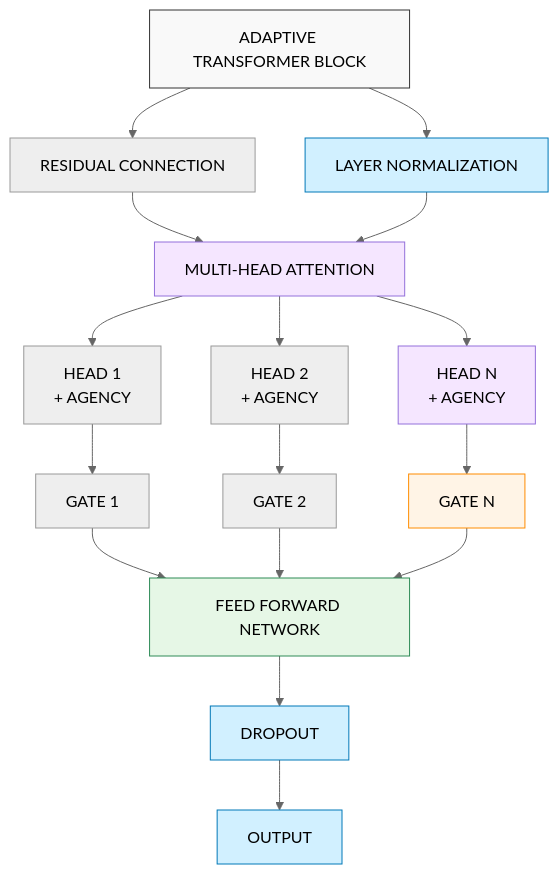
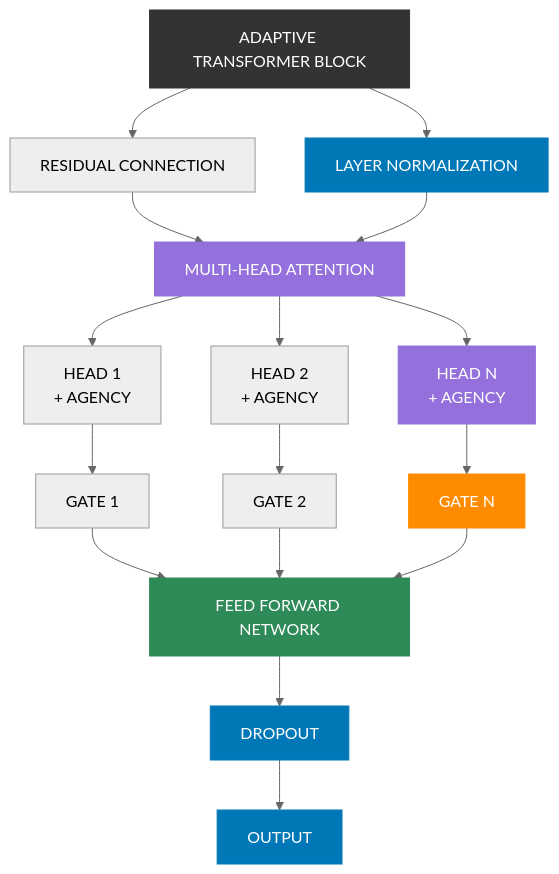
Before and after one commit to CambrianTech/sentinel-ai: the sixth of 6 diagrams in README.md, drawn with Mermaid (neutral theme). The commit also changed other lines of this file, not shown here.

First line of the commit message:
Improve diagram color contrast in README

````diff
--- a/README.md
+++ b/README.md
@@ -511,51 +511,51 @@
 ```mermaid
 flowchart TD
-    classDef standard fill:#f9f9f9,stroke:#333,stroke-width:1px
-    classDef layer fill:#d1f0ff,stroke:#0078b8,stroke-width:1px
-    classDef attention fill:#f5e6ff,stroke:#9370db,stroke-width:1px
-    classDef ffn fill:#e6f7e6,stroke:#2e8b57,stroke-width:1px
-    classDef head fill:#fff4e6,stroke:#ff8c00,stroke-width:1px
+    classDef standard fill:#333,stroke:#333,stroke-width:1px,color:#fff
+    classDef layer fill:#0078b8,stroke:#0078b8,stroke-width:1px,color:#fff
+    classDef attention fill:#9370db,stroke:#9370db,stroke-width:1px,color:#fff
+    classDef ffn fill:#2e8b57,stroke:#2e8b57,stroke-width:1px,color:#fff
+    classDef head fill:#ff8c00,stroke:#ff8c00,stroke-width:1px,color:#fff
     
     %% Main Components
     title["ADAPTIVE TRANSFORMER BLOCK"]
     residual["RESIDUAL CONNECTION"]
     norm["LAYER NORMALIZATION"]
     attention["MULTI-HEAD ATTENTION"]
     ffn["FEED FORWARD NETWORK"]
     dropout["DROPOUT"]
     output["OUTPUT"]
     
     %% Attention Components
     head1["HEAD 1<br/>+ AGENCY"]
     head2["HEAD 2<br/>+ AGENCY"]
     headn["HEAD N<br/>+ AGENCY"]
     
     gate1["GATE 1"]
     gate2["GATE 2"]
     gaten["GATE N"]
     
     %% Connections
     title --> residual & norm
     
     residual & norm --> attention
     
     attention --> head1 & head2 & headn
     head1 --> gate1
     head2 --> gate2
     headn --> gaten
     
     gate1 & gate2 & gaten --> ffn
     ffn --> dropout
     dropout --> output
     
     %% Styling
     title:::standard
     residual & norm:::layer
     attention:::attention
     ffn:::ffn
     dropout:::layer
     output:::layer
     
     head1 & head2 & headn:::attention
     gate1 & gate2 & gaten:::head
 ```
````
